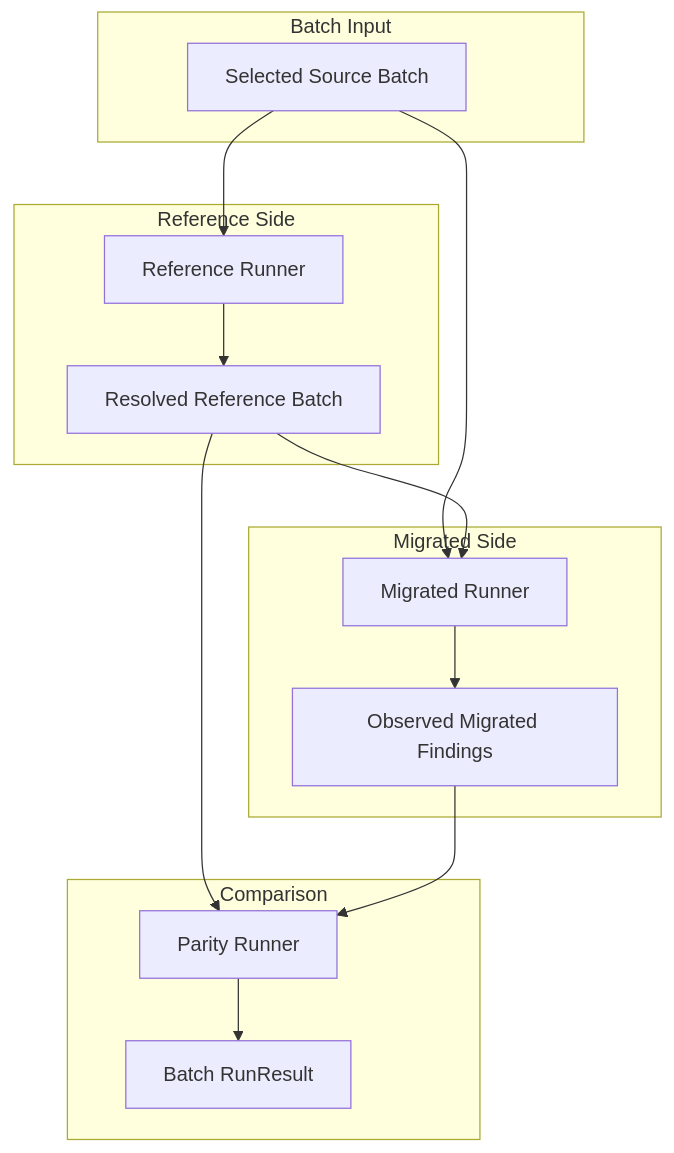
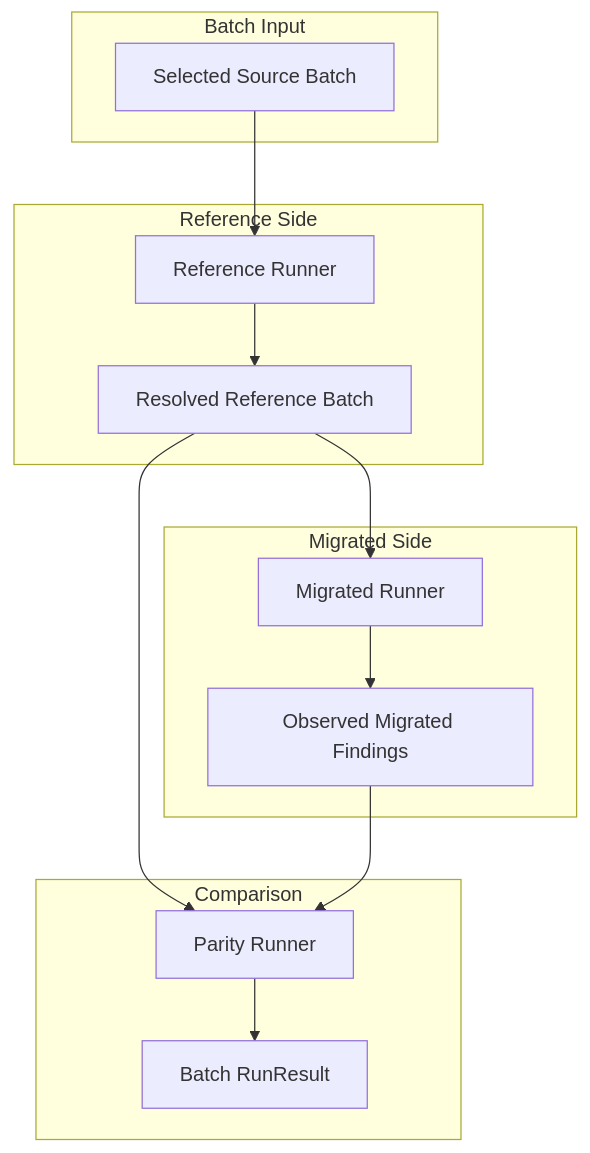
The second of 3 diagrams in docs/explanation/migration-runs.md (bobcorn/openfoodfacts-data-quality), drawn with Mermaid before and after one commit. The commit also changed other lines of this file and 57 other files, not shown here.

````diff
--- a/docs/explanation/migration-runs.md
+++ b/docs/explanation/migration-runs.md
@@ -179,30 +179,29 @@
 ```mermaid
 flowchart TB
     subgraph SRC_BATCH["Batch Input"]
         A["Selected Source Batch"]
     end
 
     subgraph REF_RUN["Reference Side"]
         B["Reference Runner"]
         C["Resolved Reference Batch"]
         B --> C
     end
 
     subgraph MIG_RUN["Migrated Side"]
         D["Migrated Runner"]
         E["Observed Migrated Findings"]
         D --> E
     end
 
     subgraph PAR_RUN["Comparison"]
         F["Parity Runner"]
         G["Batch RunResult"]
         F --> G
     end
 
     A --> B
-    A --> D
     C --> D
     C --> F
     E --> F
 ```
````
